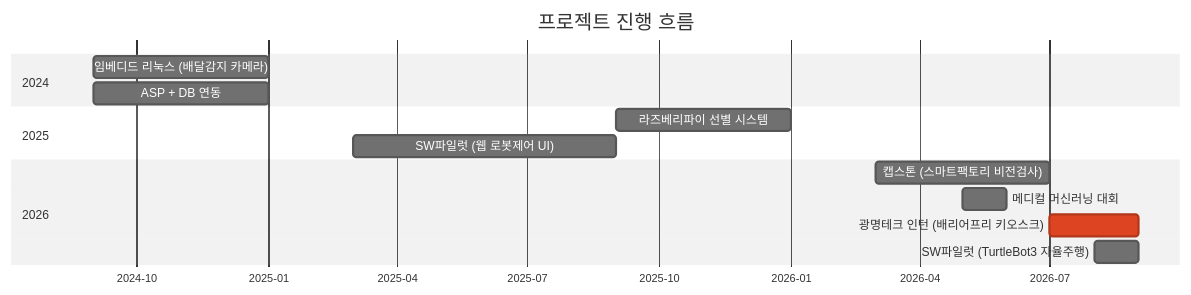
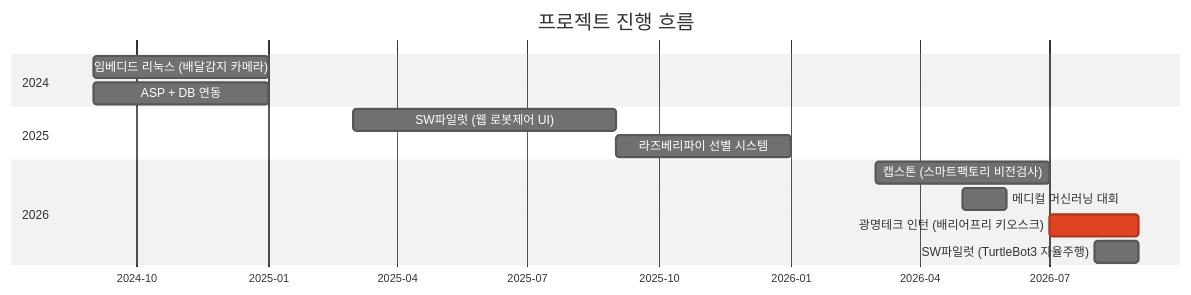
The first of 3 diagrams in README.md (kakabab12/My_portfolio), drawn with Mermaid (neutral theme) before and after one commit. The commit also changed other lines of this file and 13 other files, not shown here.

````diff
--- a/README.md
+++ b/README.md
@@ -108,20 +104,20 @@
 ```mermaid
 gantt
     title 프로젝트 진행 흐름
     dateFormat YYYY-MM
     axisFormat %Y-%m
 
     section 2024
     임베디드 리눅스 (배달감지 카메라)   :2024-09, 4M
     ASP + DB 연동                      :2024-09, 4M
 
     section 2025
+    SW파일럿 (웹 로봇제어 UI)          :2025-03, 6M
     라즈베리파이 선별 시스템            :2025-09, 4M
-    SW파일럿 (웹 로봇제어 UI)          :2025-03, 6M
 
     section 2026
     캡스톤 (스마트팩토리 비전검사)      :2026-03, 4M
     메디컬 머신러닝 대회                :2026-05, 1M
     광명테크 인턴 (배리어프리 키오스크) :crit, 2026-07, 2M
     SW파일럿 (TurtleBot3 자율주행)     :2026-08, 1M
 ```
````
